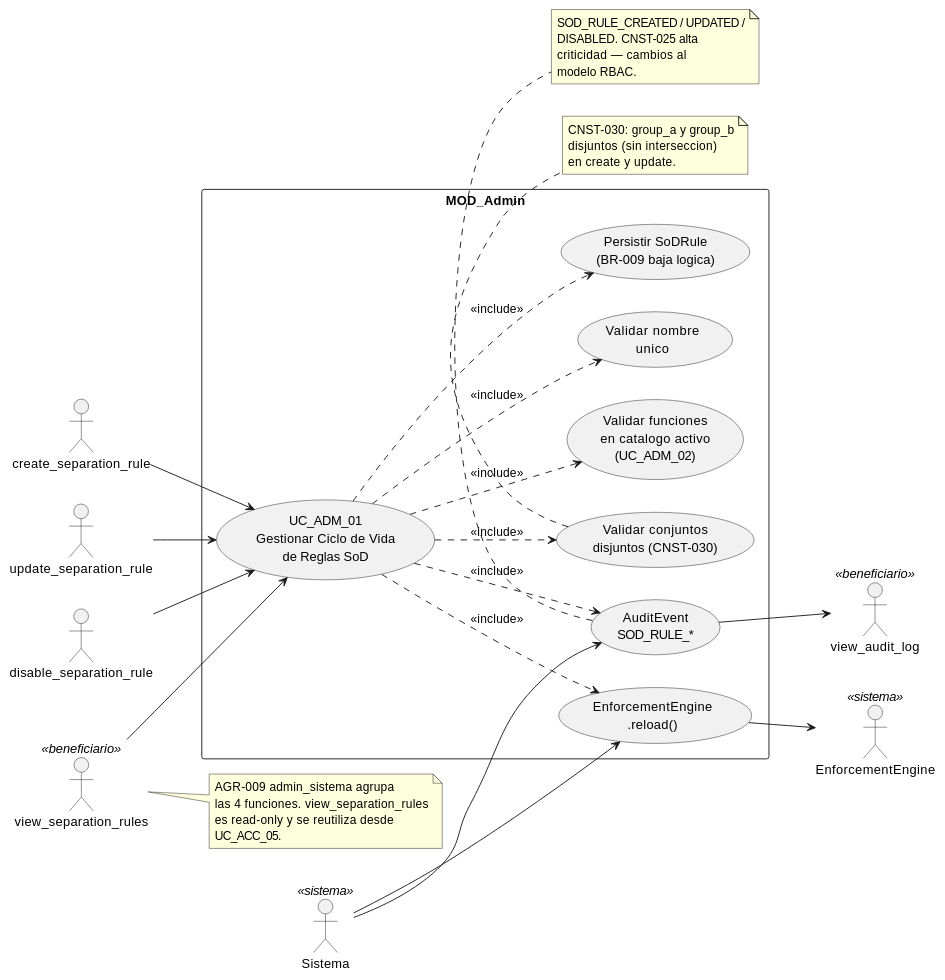
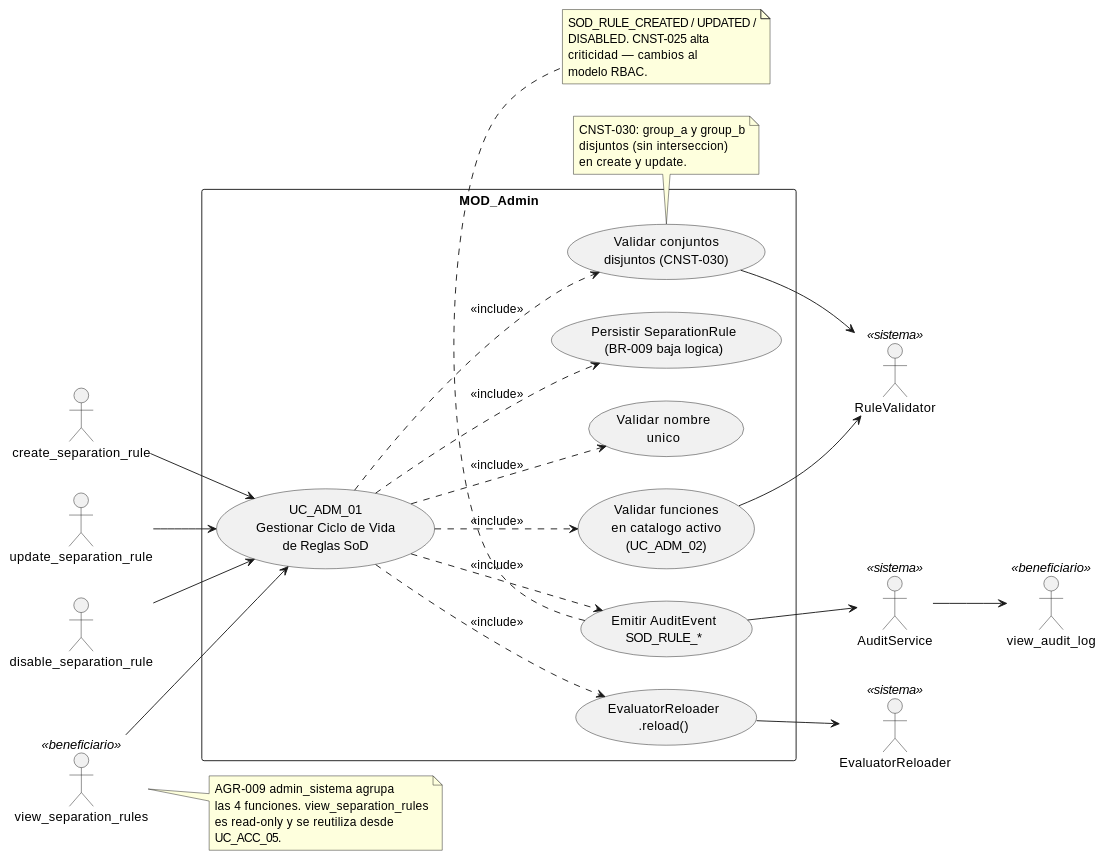
The diagram in source/requisitos/casos-uso/admin/uc-adm-01/diagramas-uml/diagrama-de-caso-de-uso.rst (jcg-admin/IACT-docs), drawn with PlantUML before and after one commit. The commit also changed other lines of this file and 52 other files, not shown here.

```diff
--- a/source/requisitos/casos-uso/admin/uc-adm-01/diagramas-uml/diagrama-de-caso-de-uso.rst
+++ b/source/requisitos/casos-uso/admin/uc-adm-01/diagramas-uml/diagrama-de-caso-de-uso.rst
@@ -4,63 +4,65 @@
 .. uml::
  :caption: UC_ADM_01 — actores y casos asociados
 
  @startuml
 
  left to right direction
 
  actor "create_separation_rule" as F_CREATE
  actor "update_separation_rule" as F_UPDATE
  actor "disable_separation_rule" as F_DISABLE
  actor "view_separation_rules" as F_VIEW <<beneficiario>>
  actor "view_audit_log" as view_audit_log <<beneficiario>>
- actor "EnforcementEngine" as EE <<sistema>>
- actor "Sistema" as Sistema <<sistema>>
+ actor "EvaluatorReloader" as EE <<sistema>>
+ actor "RuleValidator" as RV <<sistema>>
+ actor "AuditService" as AS <<sistema>>
 
  rectangle "MOD_Admin" {
    usecase "UC_ADM_01\nGestionar Ciclo de Vida\nde Reglas SoD" as UC_ADM_01
    usecase "Validar conjuntos\ndisjuntos (CNST-030)" as VALIDAR_CONJUNTOS
    usecase "Validar funciones\nen catalogo activo\n(UC_ADM_02)" as VALIDAR_FUNCIONES
    usecase "Validar nombre\nunico" as VALIDAR_NOMBRE
-   usecase "Persistir SoDRule\n(BR-009 baja logica)" as PERSISTIR
-   usecase "AuditEvent\nSOD_RULE_*" as AUDIT
-   usecase "EnforcementEngine\n.reload()" as RELOAD
+   usecase "Persistir SeparationRule\n(BR-009 baja logica)" as PERSISTIR
+   usecase "Emitir AuditEvent\nSOD_RULE_*" as AUDIT
+   usecase "EvaluatorReloader\n.reload()" as RELOAD
  }
 
  F_CREATE --> UC_ADM_01
  F_UPDATE --> UC_ADM_01
  F_DISABLE --> UC_ADM_01
  F_VIEW --> UC_ADM_01
 
  UC_ADM_01 ..> VALIDAR_CONJUNTOS : <<include>>
  UC_ADM_01 ..> VALIDAR_FUNCIONES : <<include>>
  UC_ADM_01 ..> VALIDAR_NOMBRE : <<include>>
  UC_ADM_01 ..> PERSISTIR : <<include>>
  UC_ADM_01 ..> AUDIT : <<include>>
  UC_ADM_01 ..> RELOAD : <<include>>
 
- Sistema --> AUDIT
- Sistema --> RELOAD
- AUDIT --> view_audit_log
+ VALIDAR_CONJUNTOS --> RV
+ VALIDAR_FUNCIONES --> RV
+ AUDIT --> AS
  RELOAD --> EE
+ AS --> view_audit_log
 
  note bottom of VALIDAR_CONJUNTOS
    CNST-030: group_a y group_b
    disjuntos (sin interseccion)
    en create y update.
  end note
 
  note bottom of AUDIT
    SOD_RULE_CREATED / UPDATED /
    DISABLED. CNST-025 alta
    criticidad — cambios al
    modelo RBAC.
  end note
 
  note right of F_VIEW
    AGR-009 admin_sistema agrupa
    las 4 funciones. view_separation_rules
    es read-only y se reutiliza desde
    UC_ACC_05.
  end note
 
  @enduml
```
